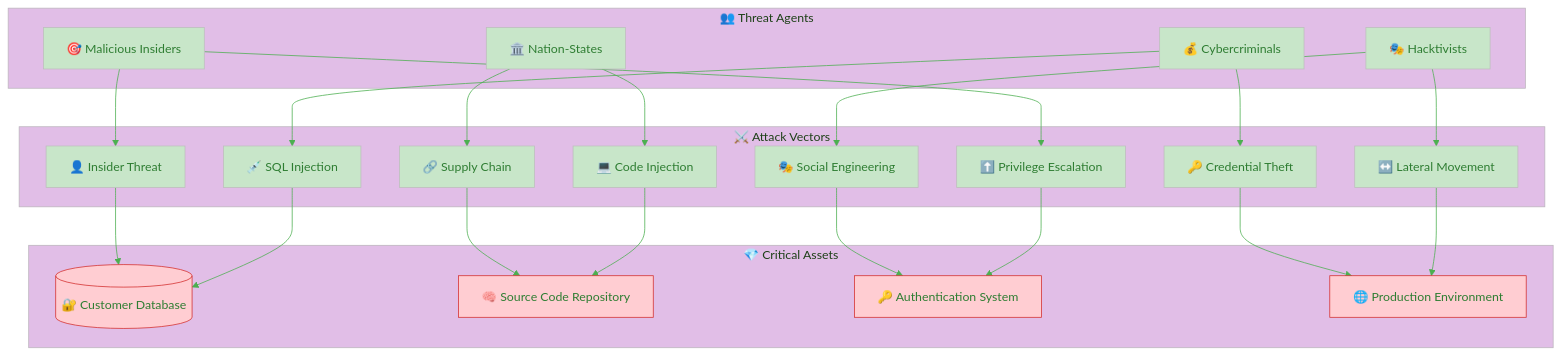
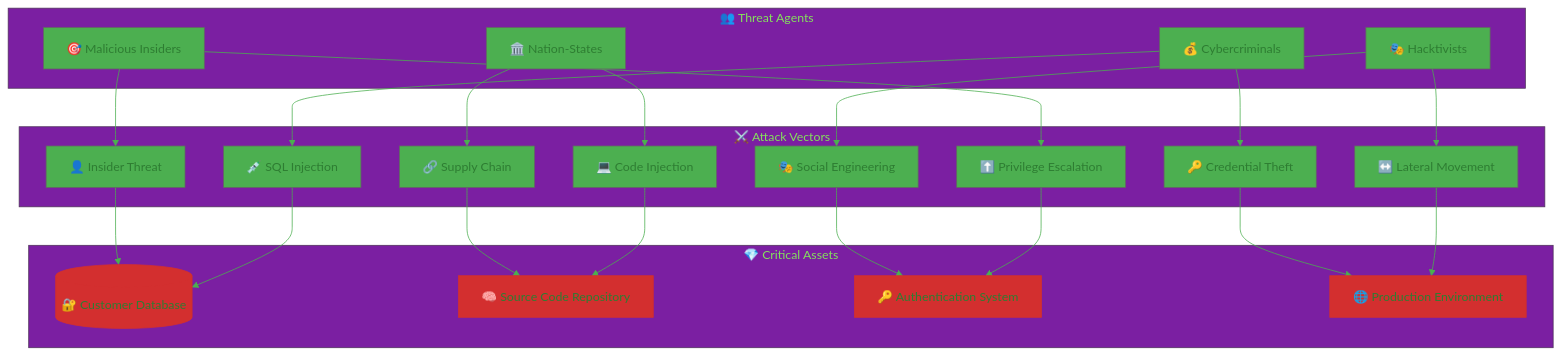
The fourth of 10 diagrams in Threat_Modeling.md (Hack23/ISMS-PUBLIC), drawn with Mermaid before and after one commit. The commit also changed other lines of this file and 35 other files, not shown here.

````diff
--- a/Threat_Modeling.md
+++ b/Threat_Modeling.md
@@ -420,63 +420,63 @@
 ```mermaid
 %%{
   init: {
     'theme': 'base',
     'themeVariables': {
-      'primaryColor': '#c8e6c9',
-      'primaryTextColor': '#2e7d32',
-      'lineColor': '#4caf50',
-      'secondaryColor': '#ffcdd2',
-      'tertiaryColor': '#e1bee7'
+      'primaryColor': '#4CAF50',
+      'primaryTextColor': '#2E7D32',
+      'lineColor': '#4CAF50',
+      'secondaryColor': '#D32F2F',
+      'tertiaryColor': '#7B1FA2'
     }
   }
 }%%
 flowchart TB
     subgraph ASSETS["💎 Critical Assets"]
         CUSTOMER_DB[(🔐 Customer Database)]
         SOURCE_CODE[🧠 Source Code Repository]
         AUTH_SYS[🔑 Authentication System]
         PROD_ENV[🌐 Production Environment]
     end
     
     subgraph ATTACK_VECTORS["⚔️ Attack Vectors"]
         SQL_INJ[💉 SQL Injection]
         CODE_INJ[💻 Code Injection]
         PRIVESC[⬆️ Privilege Escalation]
         LATERAL[↔️ Lateral Movement]
         SUPPLY_CHAIN[🔗 Supply Chain]
         INSIDER[👤 Insider Threat]
         SOCIAL_ENG[🎭 Social Engineering]
         CREDENTIAL[🔑 Credential Theft]
     end
     
     subgraph THREAT_AGENTS["👥 Threat Agents"]
         CYBER_CRIME[💰 Cybercriminals]
         NATION_STATE[🏛️ Nation-States]
         HACKTIVISTS[🎭 Hacktivists]
         MALICIOUS_INSIDER[🎯 Malicious Insiders]
     end
     
     SQL_INJ --> CUSTOMER_DB
     CODE_INJ --> SOURCE_CODE
     PRIVESC --> AUTH_SYS
     LATERAL --> PROD_ENV
     
     SUPPLY_CHAIN --> SOURCE_CODE
     INSIDER --> CUSTOMER_DB
     SOCIAL_ENG --> AUTH_SYS
     CREDENTIAL --> PROD_ENV
     
     CYBER_CRIME --> SQL_INJ
     CYBER_CRIME --> CREDENTIAL
     NATION_STATE --> SUPPLY_CHAIN
     NATION_STATE --> CODE_INJ
     HACKTIVISTS --> SOCIAL_ENG
     HACKTIVISTS --> LATERAL
     MALICIOUS_INSIDER --> INSIDER
     MALICIOUS_INSIDER --> PRIVESC
     
-    style CUSTOMER_DB fill:#ffcdd2,stroke:#d32f2f
-    style SOURCE_CODE fill:#ffcdd2,stroke:#d32f2f
-    style AUTH_SYS fill:#ffcdd2,stroke:#d32f2f
-    style PROD_ENV fill:#ffcdd2,stroke:#d32f2f
+    style CUSTOMER_DB fill:#D32F2F,stroke:#D32F2F
+    style SOURCE_CODE fill:#D32F2F,stroke:#D32F2F
+    style AUTH_SYS fill:#D32F2F,stroke:#D32F2F
+    style PROD_ENV fill:#D32F2F,stroke:#D32F2F
 ```
````
